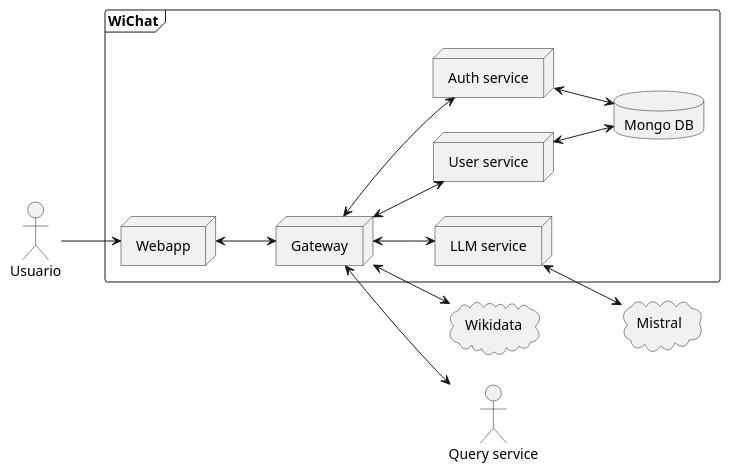
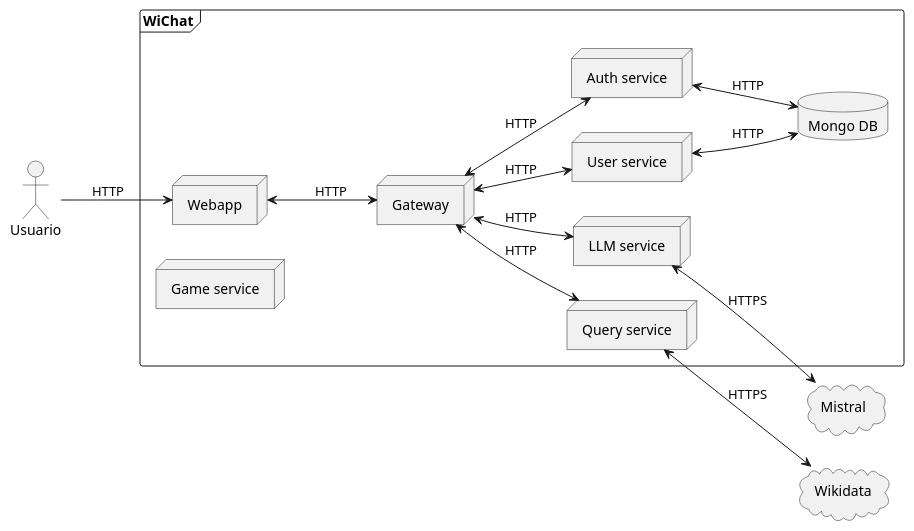
One commit to Arquisoft/wichat_es5b changed the second of 2 diagrams in docs/src/03_context_and_scope.adoc. Above: the diagram before and after it, drawn with PlantUML. The commit also changed other lines of this file, not shown here.

Commit message:
Modificado gráfico y tabla del contexto técnico

```diff
--- a/docs/src/03_context_and_scope.adoc
+++ b/docs/src/03_context_and_scope.adoc
@@ -112,40 +112,44 @@
 [plantuml,"Vision general",png]
 ----
 @startuml
 skinparam monochrome true
 left to right direction
 
 actor "Usuario"
 
 frame WiChat {
     node "Webapp"
 
     node "Gateway"
 
     node "User service"
 
     node "Auth service"
 
     node "LLM service"
 
+    node "Query service"
+
+    node "Game service"
+
     database "Mongo DB"
 }
 
 cloud "Wikidata"
 
 cloud "Mistral"
 
-"Usuario" --> "Webapp"
-"Webapp" <--> "Gateway"
-"Gateway" <--> "User service"
-"Gateway" <--> "Auth service"
-"Gateway" <--> "LLM service"
-"Gateway" <--> "Query service"
-"User service" <--> "Mongo DB"
-"Auth service" <--> "Mongo DB"
-"LLM service" <--> "Mistral"
-"Gateway" <--> "Wikidata"
+"Usuario" --> "Webapp" : HTTP
+"Webapp" <--> "Gateway" : HTTP
+"Gateway" <--> "User service" : HTTP
+"Gateway" <--> "Auth service" : HTTP
+"Gateway" <--> "LLM service" : HTTP
+"Gateway" <--> "Query service" : HTTP
+"User service" <--> "Mongo DB" : HTTP
+"Auth service" <--> "Mongo DB" : HTTP
+"LLM service" <--> "Mistral" : HTTPS
+"Query service" <--> "Wikidata" : HTTPS
 
 
 @enduml
 ----
```
